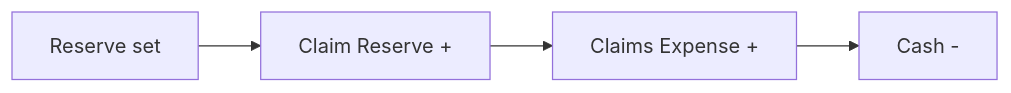
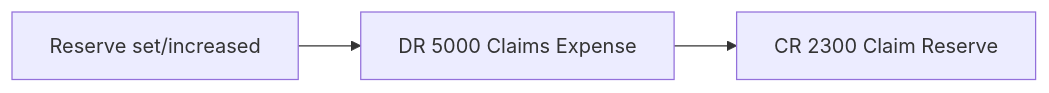
The second of 6 diagrams in docs/MONEY_FLOWS.md (staniborII/corgi_policy_administration_t1), drawn with Mermaid before and after one commit. The commit also changed other lines of this file and 26 other files, not shown here.

````diff
--- a/docs/MONEY_FLOWS.md
+++ b/docs/MONEY_FLOWS.md
@@ -64,6 +76,5 @@
 ```mermaid
 flowchart LR
-    A[Reserve set] --> B[Claim Reserve +]
-    B --> C[Claims Expense +]
-    C --> D[Cash -]
+    A[Reserve set/increased] --> B["DR 5000 Claims Expense"]
+    B --> C["CR 2300 Claim Reserve"]
 ```
````
